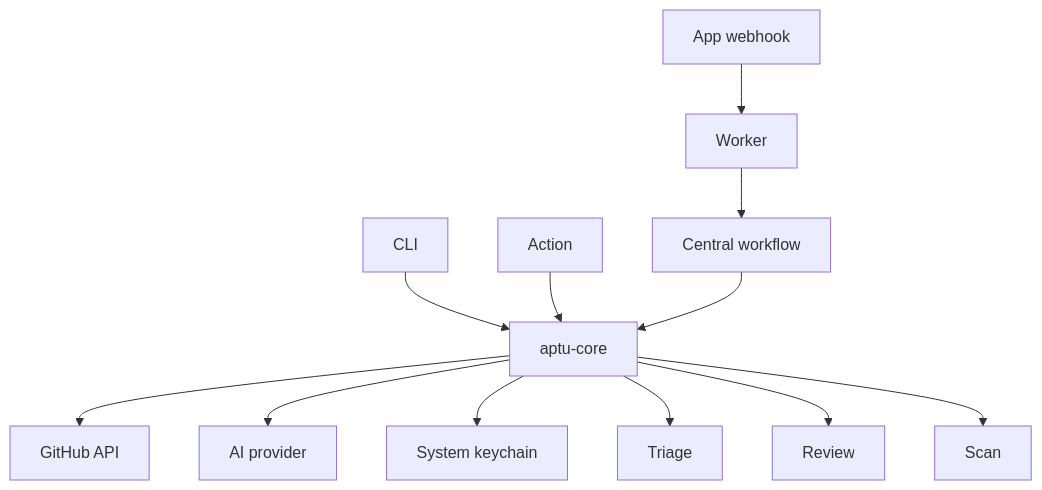
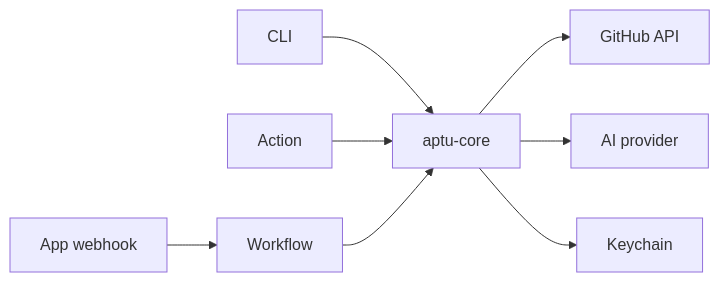
Before and after one commit to clouatre-labs/aptu: the diagram in docs/diagrams/architecture.mmd, drawn with Mermaid. The commit also changed 2 other files, not shown here.

Commit message:
docs(readme): fix license badge, restore SLSA/OpenSSF badges, simplify diagram (#1817)
* docs(readme): fix license badge, restore SLSA/OpenSSF badges, simplify diagram

* docs(readme): drop OpenSSF Scorecard badge

---------

```diff
--- a/docs/diagrams/architecture.mmd
+++ b/docs/diagrams/architecture.mmd
@@ -1,12 +1,7 @@
-graph TD
+graph LR
     CLI[CLI] --> CORE[aptu-core]
     ACTION[Action] --> CORE
-    APP[App webhook] --> WORKER[Worker]
-    WORKER --> WF[Central workflow]
-    WF --> CORE
+    APP[App webhook] --> WF[Workflow] --> CORE
     CORE --> GITHUB[GitHub API]
     CORE --> AI[AI provider]
-    CORE --> KEYCHAIN[System keychain]
-    CORE --> TRIAGE[Triage]
-    CORE --> REVIEW[Review]
-    CORE --> SCAN[Scan]
+    CORE --> KEY[Keychain]
```
